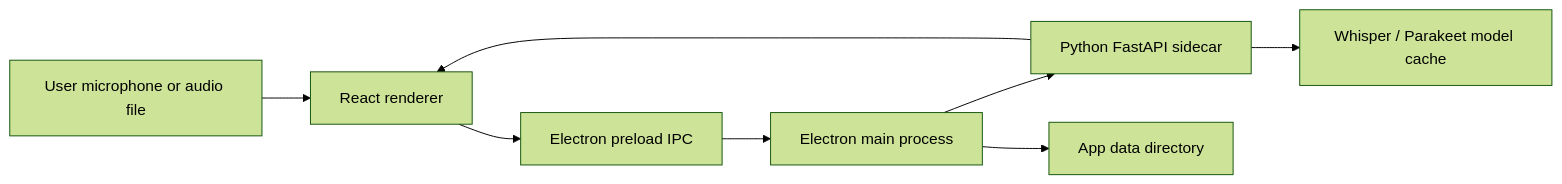
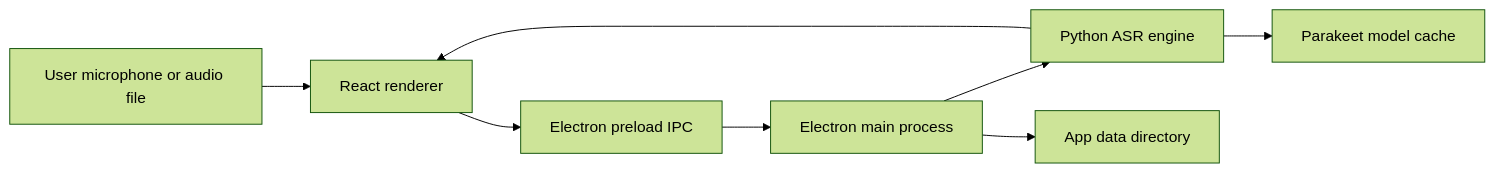
The diagram in README.md (surajmandalcell/asrpro), drawn with Mermaid (forest theme) before and after one commit. The commit also changed other lines of this file and 39 other files, not shown here.

Commit message:
ASRPro: make Parakeet the only active model

````diff
--- a/README.md
+++ b/README.md
@@ -52,10 +52,10 @@
 ```mermaid
 flowchart LR
   User["User microphone or audio file"] --> Renderer["React renderer"]
   Renderer --> IPC["Electron preload IPC"]
   IPC --> Main["Electron main process"]
-  Main --> Sidecar["Python FastAPI sidecar"]
-  Sidecar --> Models["Whisper / Parakeet model cache"]
-  Sidecar --> Renderer
+  Main --> Engine["Python ASR engine"]
+  Engine --> Models["Parakeet model cache"]
+  Engine --> Renderer
   Main --> Data["App data directory"]
 ```
````
